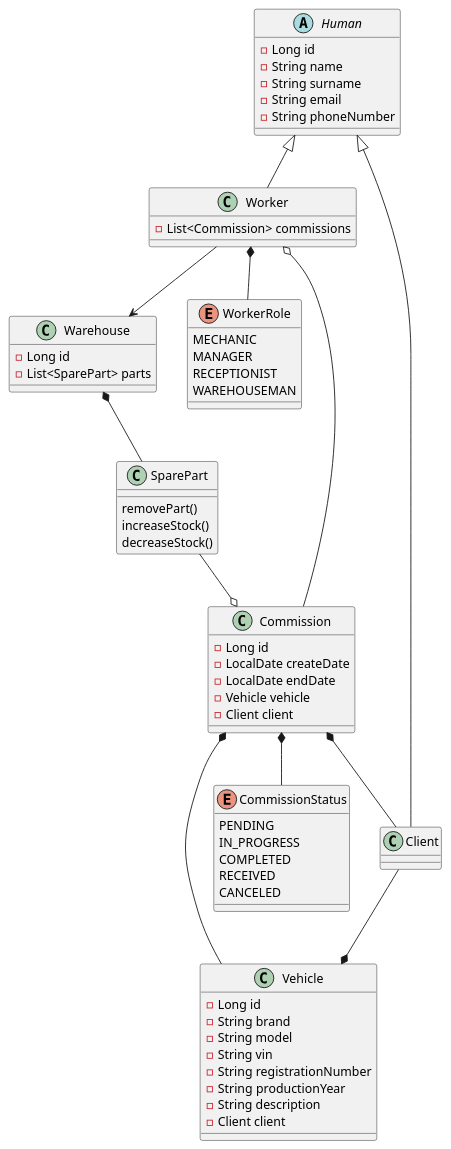
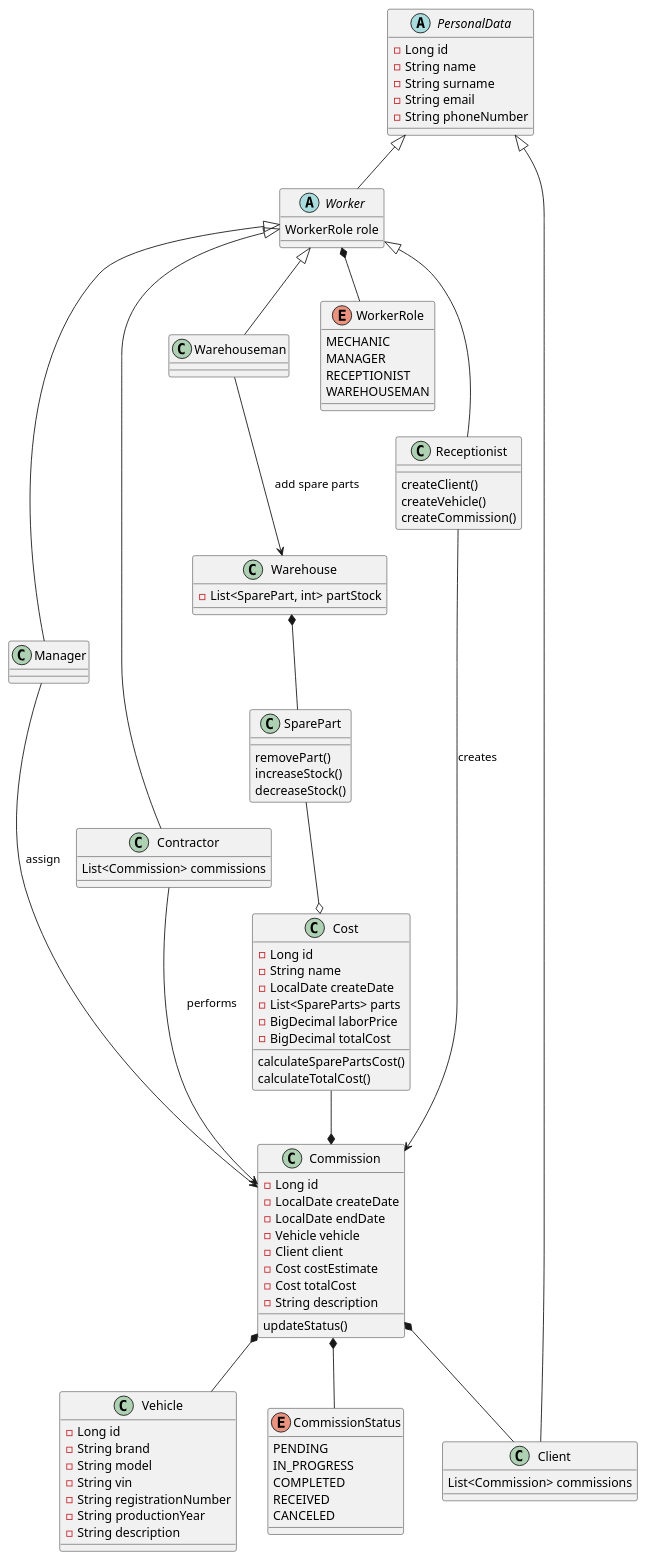
The diagram in src/main/java/com/carservice/CarService/implement.puml (WojciechGos/Car-Service), drawn with PlantUML before and after one commit.

Commit message:
update: relations

```diff
--- a/src/main/java/com/carservice/CarService/implement.puml
+++ b/src/main/java/com/carservice/CarService/implement.puml
@@ -1,87 +1,128 @@
 @startuml
 'https://plantuml.com/class-diagram
 
-class Worker extends Human{
-    - List<Commission> commissions
+abstract class PersonalData {
+    - Long id
+    - String name
+    - String surname
+    - String email
+    - String phoneNumber
 }
+
+abstract class Worker extends PersonalData{
+    WorkerRole role
+}
+
+
+class Receptionist extends Worker{
+    createClient()
+    createVehicle()
+    createCommission()
+
+}
+class Manager extends Worker {
+
+}
+
+class Contractor extends Worker {
+    List<Commission> commissions
+
+}
+
+class Warehouseman extends Worker {
+
+}
+
+class Client  extends PersonalData{
+    List<Commission> commissions
+}
+
+
 
 class Commission {
     - Long id
     - LocalDate createDate
     - LocalDate endDate
     - Vehicle vehicle
     - Client client
+    - Cost costEstimate
+    - Cost totalCost
+    - String description
 
+    updateStatus()
 }
 
 
+
 class Warehouse{
-    - Long id
-    - List<SparePart> parts
+    - List<SparePart, int> partStock
 }
 
 class SparePart {
     removePart()
     increaseStock()
     decreaseStock()
 }
 
-abstract class Human {
-    - Long id
-    - String name
-    - String surname
-    - String email
-    - String phoneNumber
-}
 
 
-
-class Client  extends Human{
-
-}
 
 class Vehicle {
     - Long id
     - String brand
     - String model
     - String vin
     - String registrationNumber
     - String productionYear
     - String description
-    - Client client
 }
 
 
 
 enum CommissionStatus{
     PENDING
     IN_PROGRESS
     COMPLETED
     RECEIVED
     CANCELED
 }
 
+class Cost {
+    - Long id
+    - String name
+    - LocalDate createDate
+    - List<SpareParts> parts
+    - BigDecimal laborPrice
+    - BigDecimal totalCost
+
+    calculateSparePartsCost()
+    calculateTotalCost()
+}
+
 enum WorkerRole {
     MECHANIC
     MANAGER
     RECEPTIONIST
     WAREHOUSEMAN
 }
 
 
+Warehouse *-- SparePart
+SparePart --o Cost
+Cost --* Commission
 
-
-Commission --o Worker
 Commission *-- Client
 Commission *-- Vehicle
 Commission *-- CommissionStatus
-Worker --> Warehouse
+Warehouseman --> Warehouse : "add spare parts"
 
-Client --* Vehicle
-
+Receptionist --> Commission : "creates"
+Manager --> Commission : "assign"
 Worker *-- WorkerRole
 
-Warehouse *-- SparePart
-SparePart --o Commission
+
+Contractor --> Commission : "performs"
+
+
 
 @enduml
```
